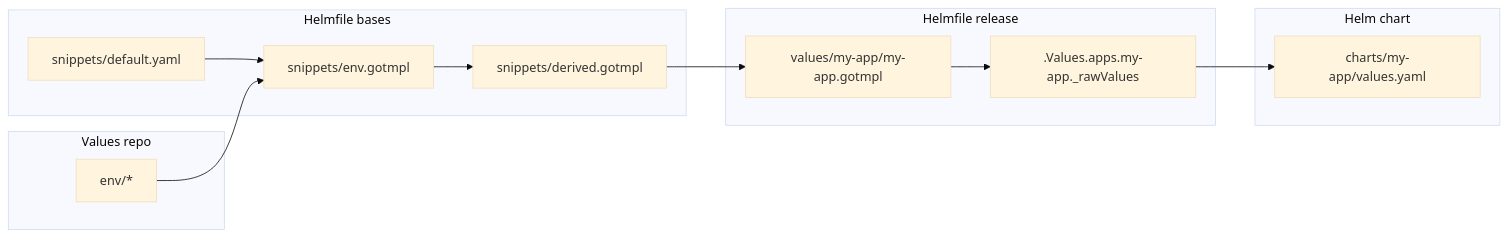
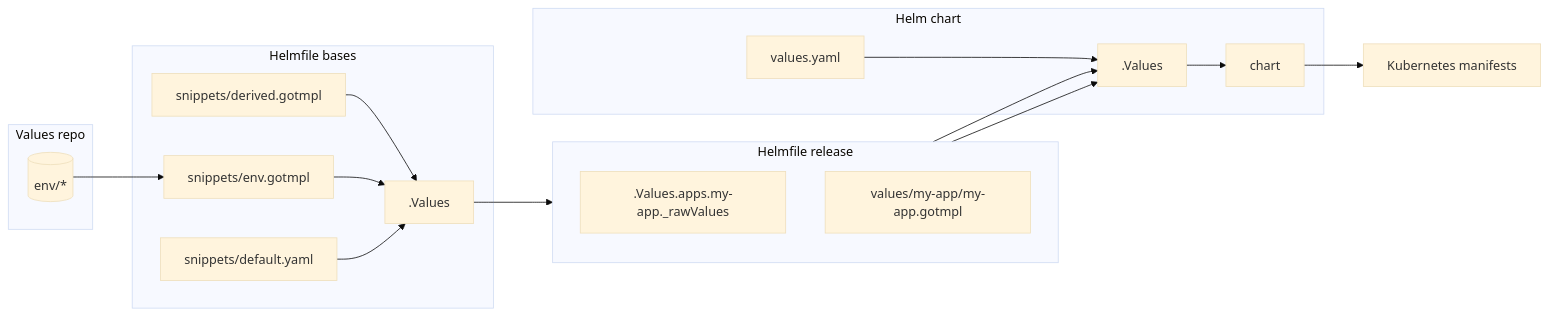
One commit to linode/apl-core changed the diagram in docs/development.md. Above: the diagram before and after it, drawn with Mermaid (base theme).

Commit message:
docs: code development guide

````diff
--- a/docs/development.md
+++ b/docs/development.md
@@ -81,18 +81,26 @@
 ```mermaid
 flowchart LR
+
+
     subgraph Helm chart
-        charts/my-app/values.yaml
+        values.yaml --> V2[.Values]
+        V2 --> chart
     end
     subgraph Helmfile release
-        values/my-app/my-app.gotmpl --> .Values.apps.my-app._rawValues --> charts/my-app/values.yaml
+        direction TB
+        .Values.apps.my-app._rawValues --> V2
+        values/my-app/my-app.gotmpl --> V2
     end
 
     subgraph Helmfile bases
-        snippets/default.yaml --> snippets/env.gotmpl
-        snippets/env.gotmpl --> snippets/derived.gotmpl --> values/my-app/my-app.gotmpl
+        snippets/derived.gotmpl --> .Values
+        snippets/env.gotmpl --> .Values
+        snippets/default.yaml --> .Values
+        .Values --> values/my-app/my-app.gotmpl
     end
 
     subgraph Values repo
-        env/* --> snippets/env.gotmpl
+        R[(env/*)] --> snippets/env.gotmpl
     end
+    chart --> test[Kubernetes manifests]
 ```
````
